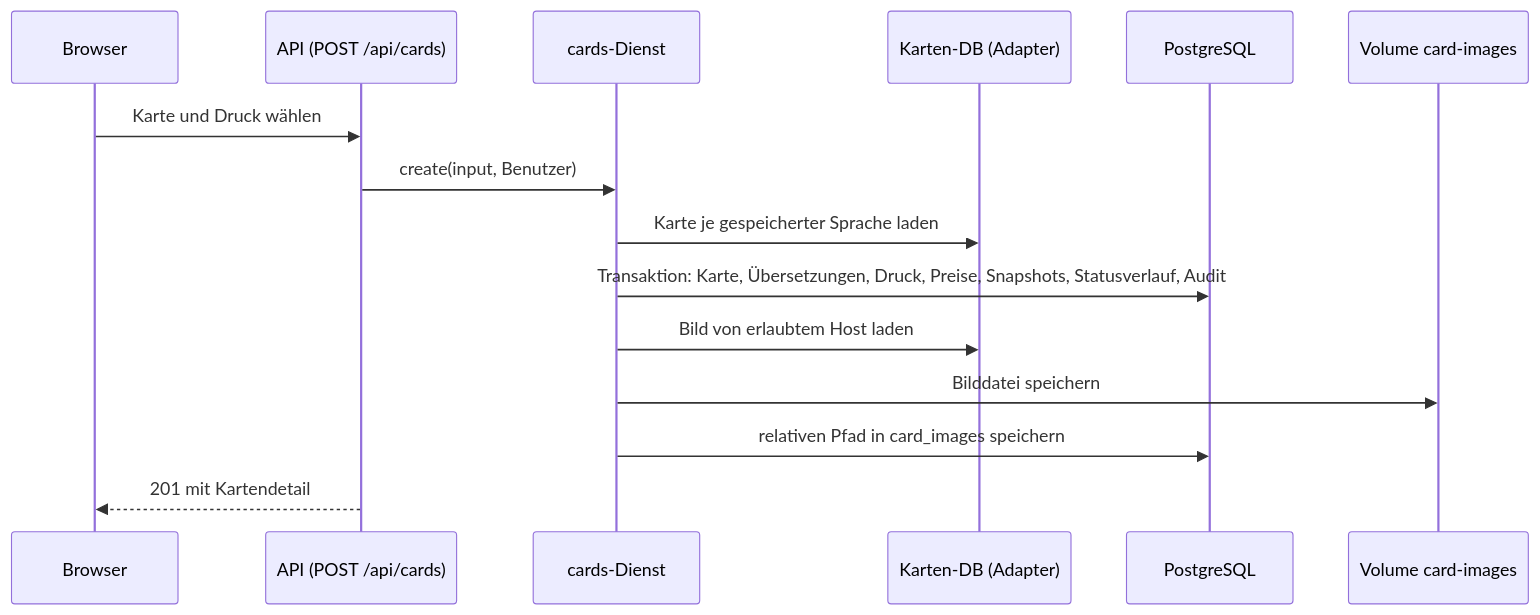
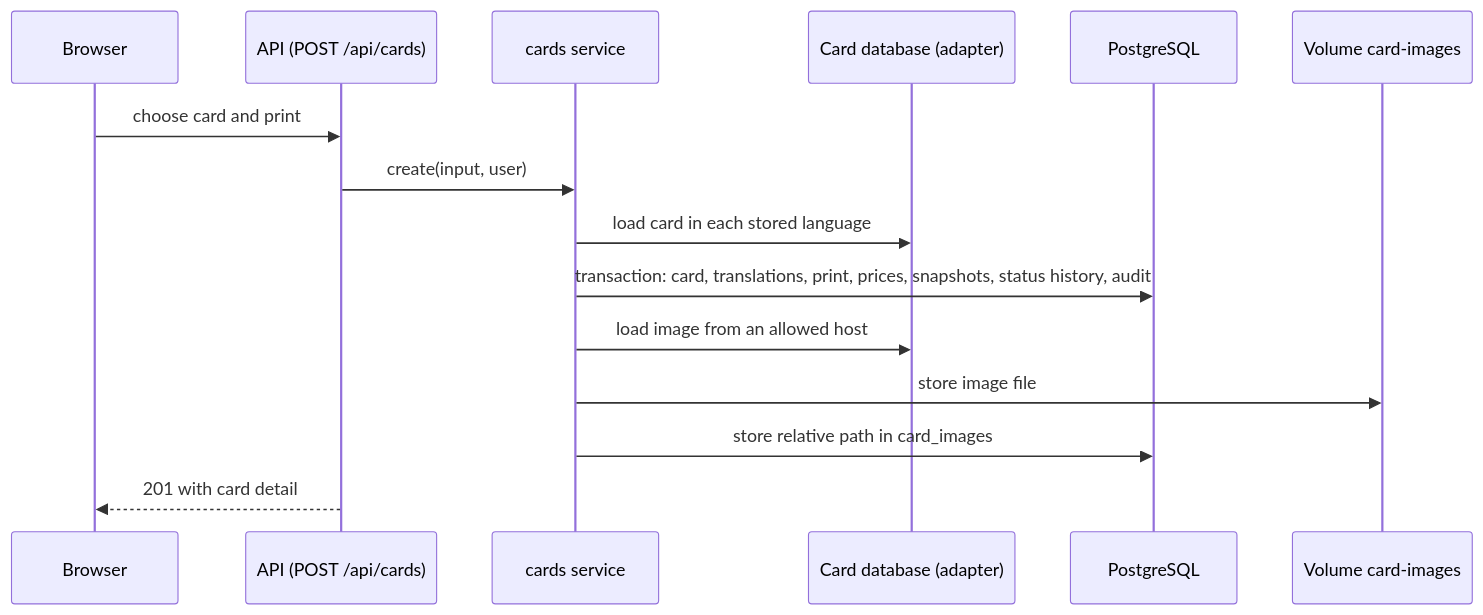
One commit to qaldak/cardkeeper changed the third of 5 diagrams in docs/ARCHITECTURE.md. Above: the diagram before and after it, drawn with Mermaid. The commit also changed other lines of this file and 83 other files, not shown here.

````diff
--- a/docs/ARCHITECTURE.md
+++ b/docs/ARCHITECTURE.md
@@ -58,17 +58,17 @@
 ```mermaid
 sequenceDiagram
     participant B as Browser
     participant A as API (POST /api/cards)
-    participant S as cards-Dienst
-    participant D as Karten-DB (Adapter)
+    participant S as cards service
+    participant D as Card database (adapter)
     participant P as PostgreSQL
     participant V as Volume card-images
-    B->>A: Karte und Druck wählen
-    A->>S: create(input, Benutzer)
-    S->>D: Karte je gespeicherter Sprache laden
-    S->>P: Transaktion: Karte, Übersetzungen, Druck, Preise, Snapshots, Statusverlauf, Audit
-    S->>D: Bild von erlaubtem Host laden
-    S->>V: Bilddatei speichern
-    S->>P: relativen Pfad in card_images speichern
-    A-->>B: 201 mit Kartendetail
+    B->>A: choose card and print
+    A->>S: create(input, user)
+    S->>D: load card in each stored language
+    S->>P: transaction: card, translations, print, prices, snapshots, status history, audit
+    S->>D: load image from an allowed host
+    S->>V: store image file
+    S->>P: store relative path in card_images
+    A-->>B: 201 with card detail
 ```
````
